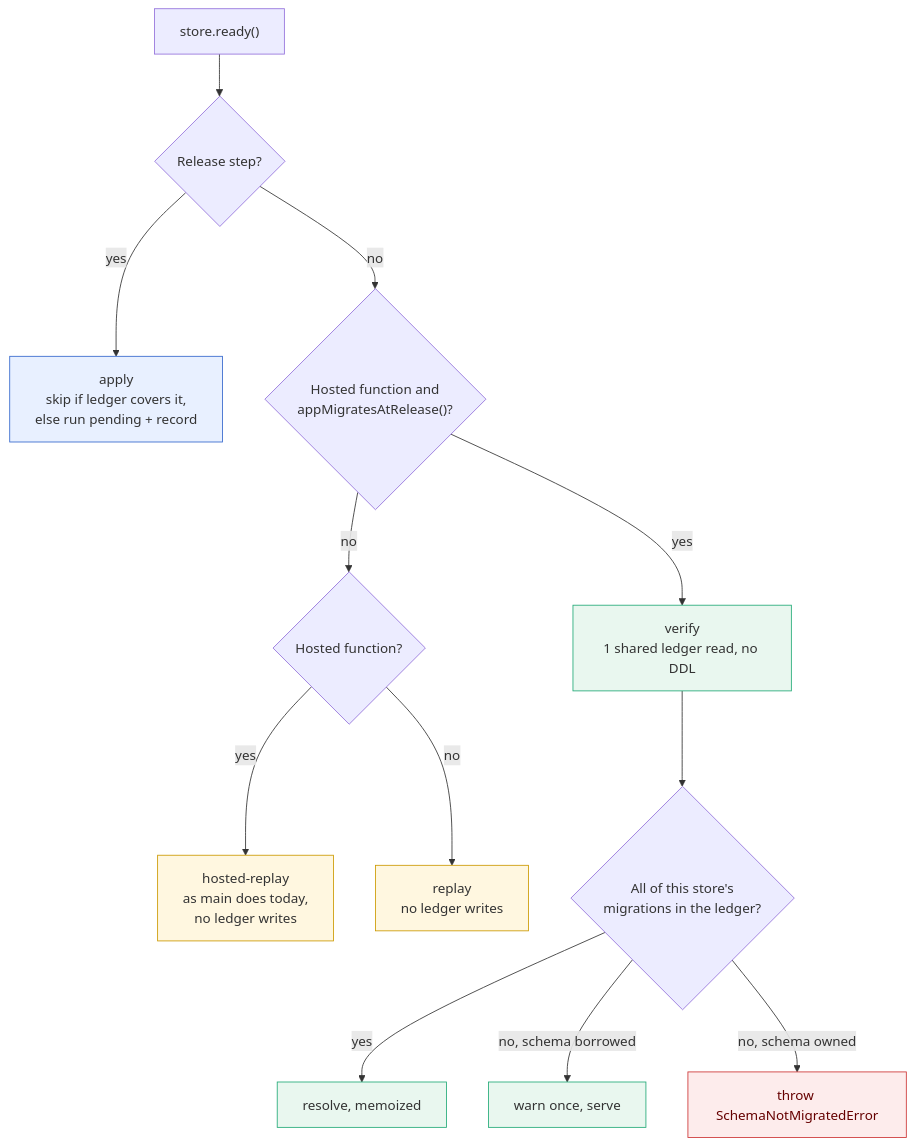
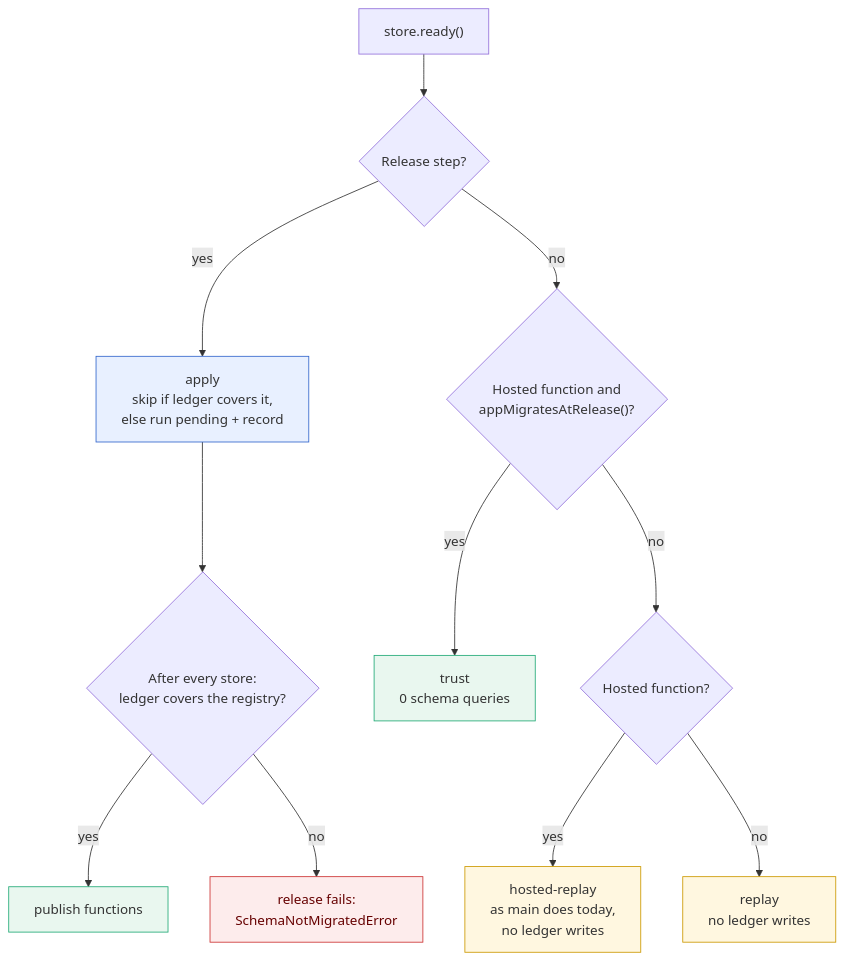
Before and after one commit to BuilderIO/agent-native: the tenth of 20 diagrams in docs/plans/2026-09-28-store-registry-schema-ownership.md, drawn with Mermaid. The commit also changed other lines of this file and 15 other files, not shown here.

First line of the commit message:
Move schema verification to the release step and add the upgrade test

````diff
--- a/docs/plans/2026-09-28-store-registry-schema-ownership.md
+++ b/docs/plans/2026-09-28-store-registry-schema-ownership.md
@@ -395,22 +397,21 @@
 ```mermaid
 flowchart TD
   A["store.ready()"] --> B{"Release step?"}
   B -->|yes| APPLY["apply<br/>skip if ledger covers it,<br/>else run pending + record"]
   B -->|no| C{"Hosted function and<br/>appMigratesAtRelease()?"}
-  C -->|yes| VERIFY["verify<br/>1 shared ledger read, no DDL"]
+  C -->|yes| TRUST["trust<br/>0 schema queries"]
   C -->|no| H{"Hosted function?"}
   H -->|yes| HREPLAY["hosted-replay<br/>as main does today,<br/>no ledger writes"]
   H -->|no| REPLAY["replay<br/>no ledger writes"]
-  VERIFY --> E{"All of this store's<br/>migrations in the ledger?"}
-  E -->|yes| OK["resolve, memoized"]
-  E -->|"no, schema borrowed"| WARN["warn once, serve"]
-  E -->|"no, schema owned"| ERR["throw SchemaNotMigratedError"]
+  APPLY --> V{"After every store:<br/>ledger covers the registry?"}
+  V -->|yes| OK["publish functions"]
+  V -->|no| ERR["release fails:<br/>SchemaNotMigratedError"]
   classDef release fill:#e8f0ff,stroke:#36c
   classDef hosted fill:#e9f7ef,stroke:#2a7
   classDef local fill:#fff7e0,stroke:#c90
   classDef gap fill:#fdecec,stroke:#c33,color:#600
   class APPLY release
-  class VERIFY,OK,WARN hosted
+  class TRUST,OK hosted
   class REPLAY,HREPLAY local
   class ERR gap
 ```
````
